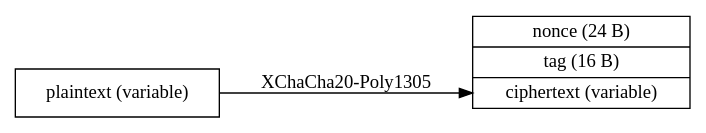
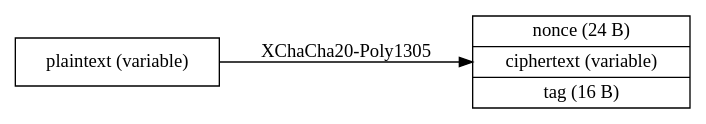
The third of 4 diagrams in specs/untrusted.rst (syncthing/docs), drawn with Graphviz before and after one commit. The commit also changed other lines of this file and 1 other file, not shown here.

```diff
--- a/specs/untrusted.rst
+++ b/specs/untrusted.rst
@@ -179,16 +191,16 @@
 .. graphviz::
 
     digraph g {
         graph [
             rankdir = "LR"
         ]
         "u" [
             label = "<h> plaintext (variable)"
             shape = "record"
         ]
         "e" [
-            label = "nonce (24 B) | tag (16 B) | <h> ciphertext (variable)"
+            label = "nonce (24 B) | <h> ciphertext (variable) | tag (16 B)"
             shape = "record"
         ]
         u:h -> e:h [ label = "XChaCha20-Poly1305" ]
     }
```
